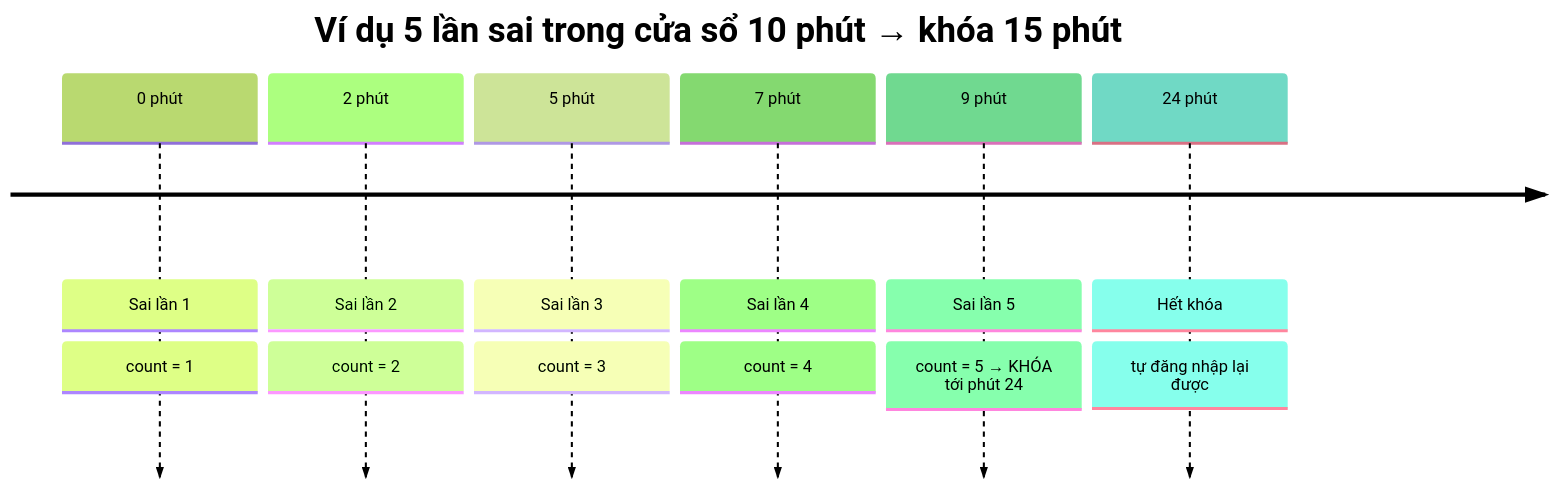
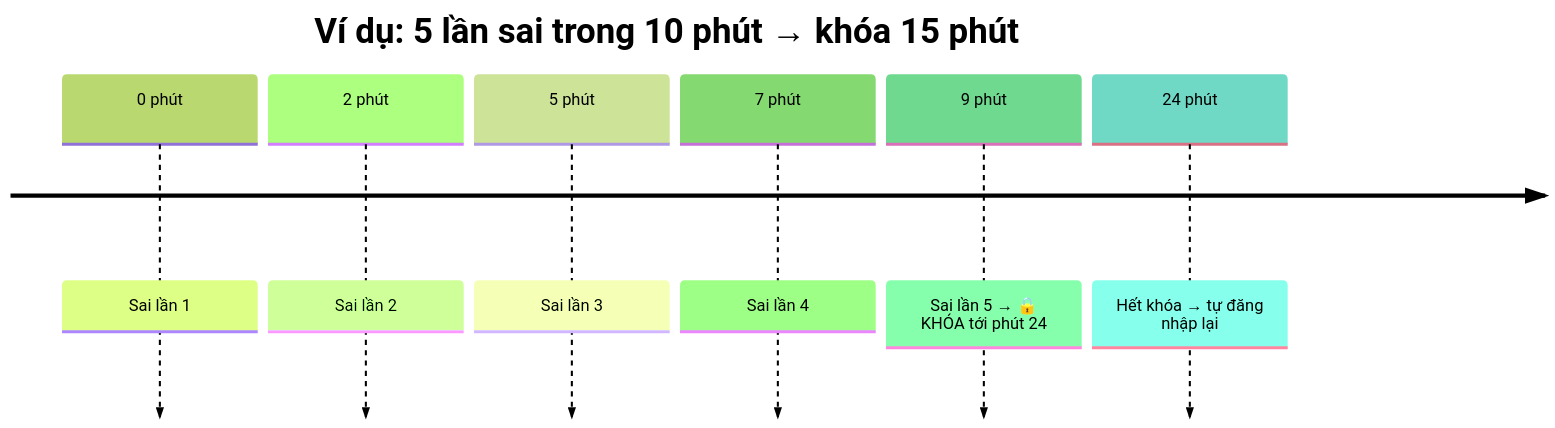
Before and after one commit to giangvanhung/mkdocs-antoanbaomat-ekmapserver: the first of 3 diagrams in docs/login-lockout-feature.md, drawn with Mermaid (forest theme). The commit also changed other lines of this file and 6 other files, not shown here.

````diff
--- a/docs/login-lockout-feature.md
+++ b/docs/login-lockout-feature.md
@@ -28,10 +7,10 @@
 ```mermaid
 timeline
-    title Ví dụ 5 lần sai trong cửa sổ 10 phút → khóa 15 phút
-    0 phút : Sai lần 1 : count = 1
-    2 phút : Sai lần 2 : count = 2
-    5 phút : Sai lần 3 : count = 3
-    7 phút : Sai lần 4 : count = 4
-    9 phút : Sai lần 5 : count = 5 → KHÓA tới phút 24
-    24 phút : Hết khóa : tự đăng nhập lại được
+    title Ví dụ: 5 lần sai trong 10 phút → khóa 15 phút
+    0 phút : Sai lần 1
+    2 phút : Sai lần 2
+    5 phút : Sai lần 3
+    7 phút : Sai lần 4
+    9 phút : Sai lần 5 → 🔒 KHÓA tới phút 24
+    24 phút : Hết khóa → tự đăng nhập lại
 ```
````
